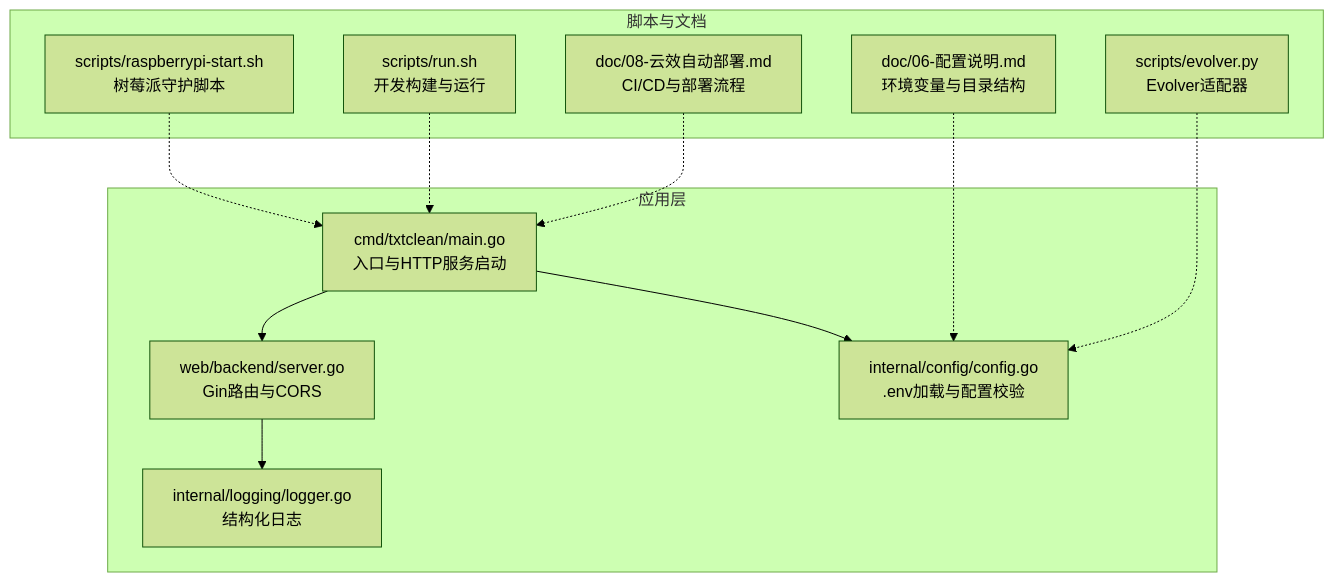
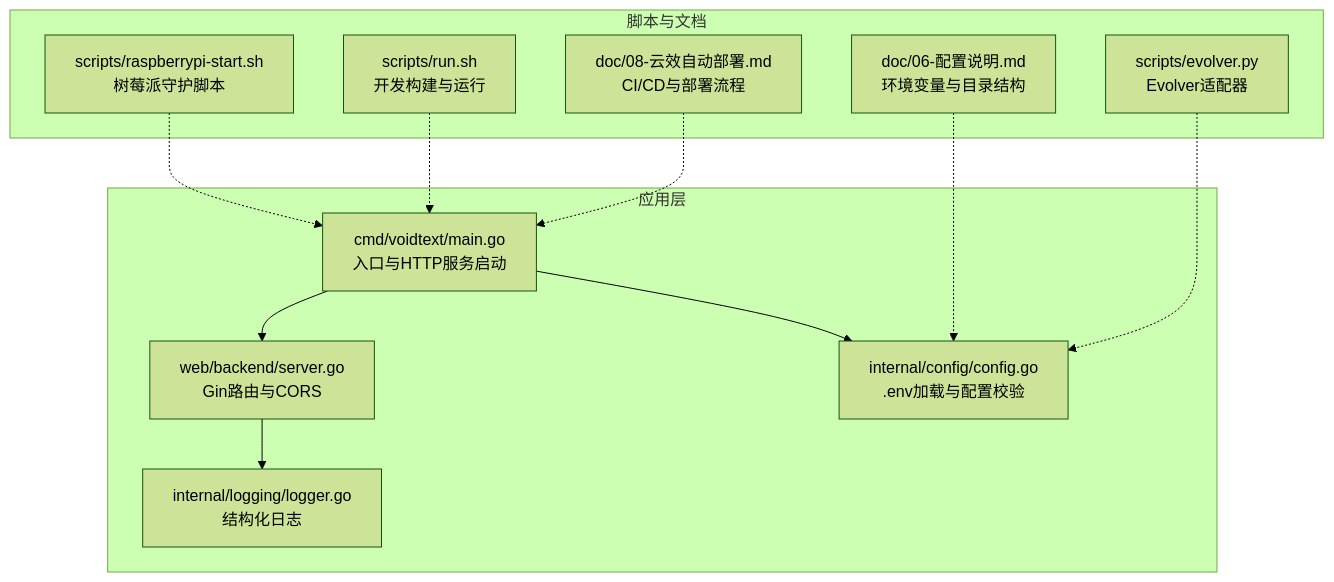
The first of 3 diagrams in repowikis/部署和运维/部署配置.md (handy-h/VoidText), drawn with Mermaid (forest theme) before and after one commit. The commit also changed other lines of this file and 101 other files, not shown here.

````diff
--- a/repowikis/部署和运维/部署配置.md
+++ b/repowikis/部署和运维/部署配置.md
@@ -35,24 +35,24 @@
 ```mermaid
 graph TB
 subgraph "应用层"
-M["cmd/txtclean/main.go<br/>入口与HTTP服务启动"]
+M["cmd/voidtext/main.go<br/>入口与HTTP服务启动"]
 S["web/backend/server.go<br/>Gin路由与CORS"]
 C["internal/config/config.go<br/>.env加载与配置校验"]
 L["internal/logging/logger.go<br/>结构化日志"]
 end
 subgraph "脚本与文档"
 RS["scripts/raspberrypi-start.sh<br/>树莓派守护脚本"]
 RU["scripts/run.sh<br/>开发构建与运行"]
 D6["doc/06-配置说明.md<br/>环境变量与目录结构"]
 D8["doc/08-云效自动部署.md<br/>CI/CD与部署流程"]
 E["scripts/evolver.py<br/>Evolver适配器"]
 end
 M --> S
 M --> C
 S --> L
 RS -.-> M
 RU -.-> M
 D6 -.-> C
 D8 -.-> M
 E -.-> C
 ```
````
